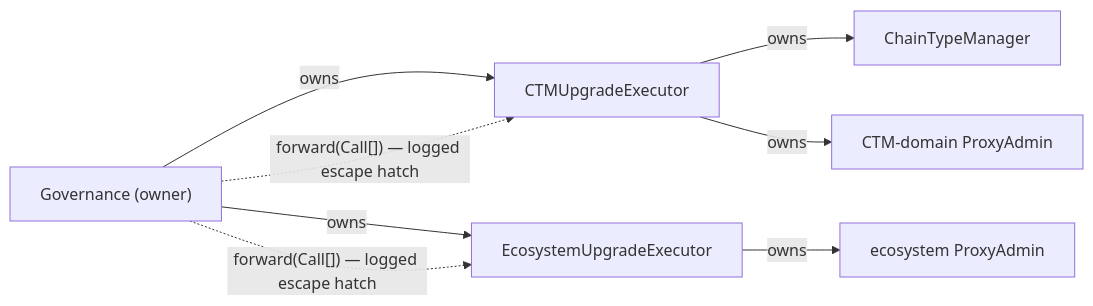
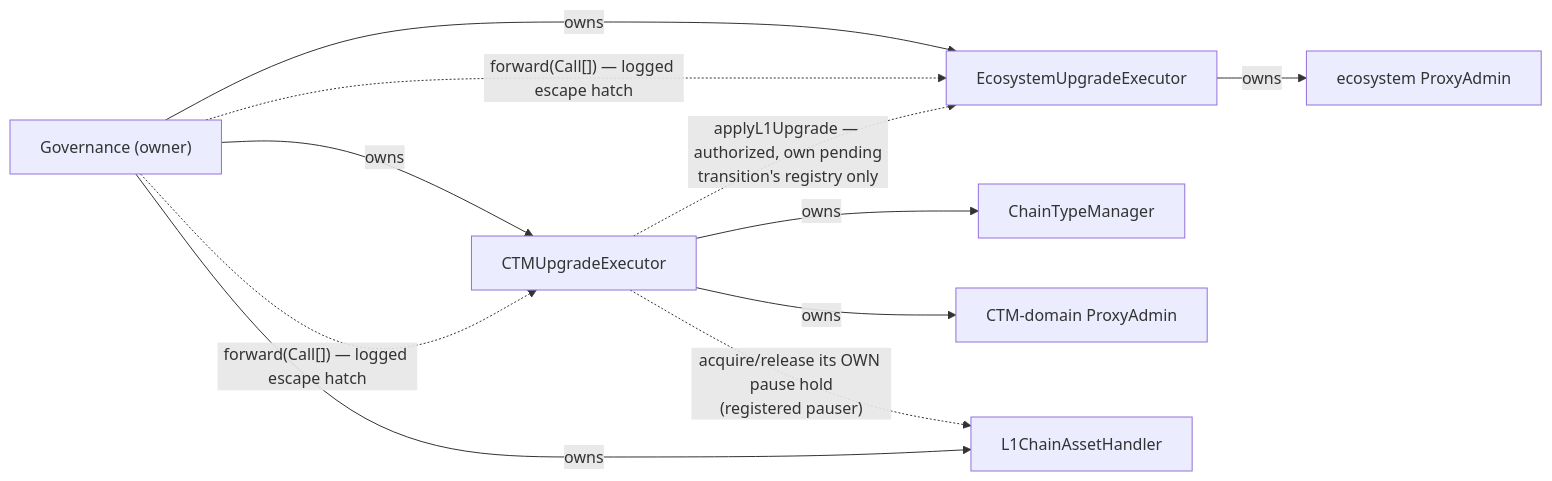
The second of 3 diagrams in docs/registry-driven-upgrades.md (matter-labs/era-contracts), drawn with Mermaid before and after one commit. The commit also changed other lines of this file and 43 other files, not shown here.

Commit message:
feat: enforce registry upgrade lifecycle on chain

````diff
--- a/docs/registry-driven-upgrades.md
+++ b/docs/registry-driven-upgrades.md
@@ -151,16 +153,19 @@
 ```mermaid
 flowchart LR
     PUH["Governance (owner)"]
     CTMEXE["CTMUpgradeExecutor"]
     ECOEXE["EcosystemUpgradeExecutor"]
     CTM["ChainTypeManager"]
     PA["ecosystem ProxyAdmin"]
 
     PUH -->|owns| CTMEXE
     PUH -->|owns| ECOEXE
     PUH -.->|"forward(Call[]) — logged escape hatch"| CTMEXE
     PUH -.->|"forward(Call[]) — logged escape hatch"| ECOEXE
     CTMEXE -->|owns| CTM
     CTMEXE -->|owns| CTMPA["CTM-domain ProxyAdmin"]
     ECOEXE -->|owns| PA
+    CTMEXE -.->|"applyL1Upgrade — authorized, own pending<br/>transition's registry only"| ECOEXE
+    CTMEXE -.->|"acquire/release its OWN pause hold<br/>(registered pauser)"| CAH["L1ChainAssetHandler"]
+    PUH -->|owns| CAH
 ```
````
